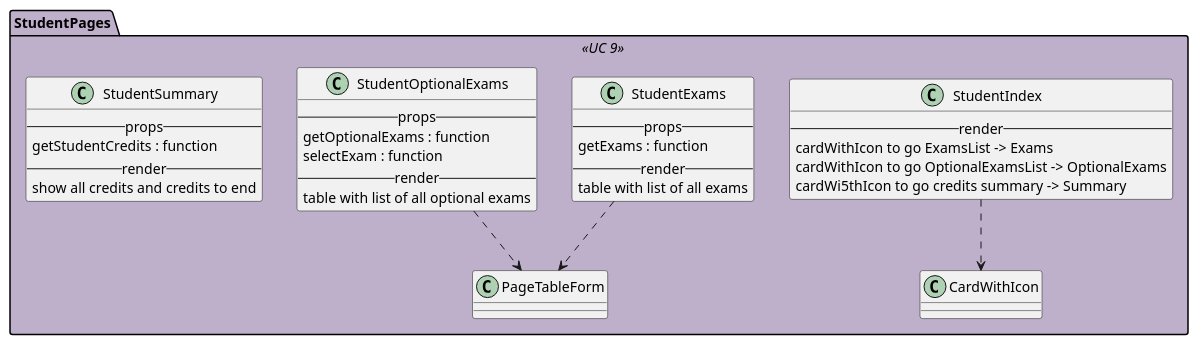
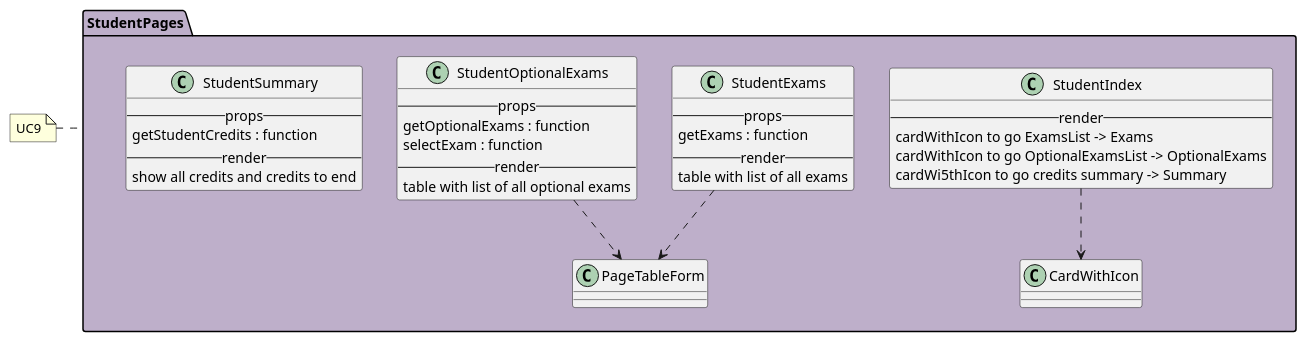
Before and after one commit to M9k/Marvin-Uml: the diagram in react/student/index.iuml, drawn with PlantUML. The commit also changed other lines of this file and 7 other files, not shown here.

Commit message:
Corretti commenti secondo standard UML

```diff
--- a/react/student/index.iuml
+++ b/react/student/index.iuml
@@ -1,39 +1,37 @@
-skinparam package<<UC 9>> {
-    backgroundColor #beafca
-}
-
-package StudentPages <<UC 9>> {
+package StudentPages #BEAFCA {
 
 class StudentIndex{
     --render--
         cardWithIcon to go ExamsList -> Exams
         cardWithIcon to go OptionalExamsList -> OptionalExams
         cardWi5thIcon to go credits summary -> Summary
 }
 StudentIndex ..> CardWithIcon
 
 class StudentExams{
     --props--
         getExams : function
     --render--
         table with list of all exams
 }
 StudentExams ..> PageTableForm
 
 class StudentOptionalExams{
     --props--
         getOptionalExams : function
         selectExam : function
     --render--
         table with list of all optional exams
 }
 StudentOptionalExams ..> PageTableForm
 
 class StudentSummary{
     --props--
         getStudentCredits : function
     --render--
         show all credits and credits to end
 }
 
 }
+
+note left of StudentPages: UC9
```
